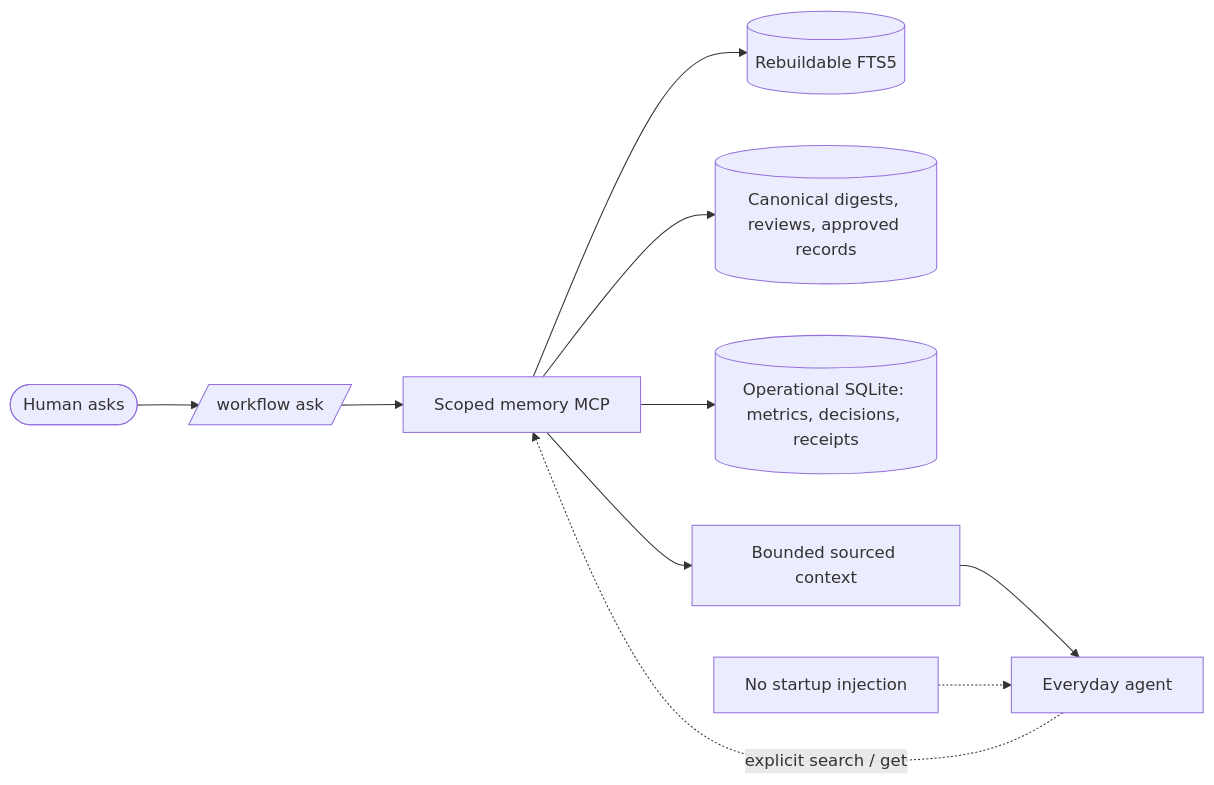
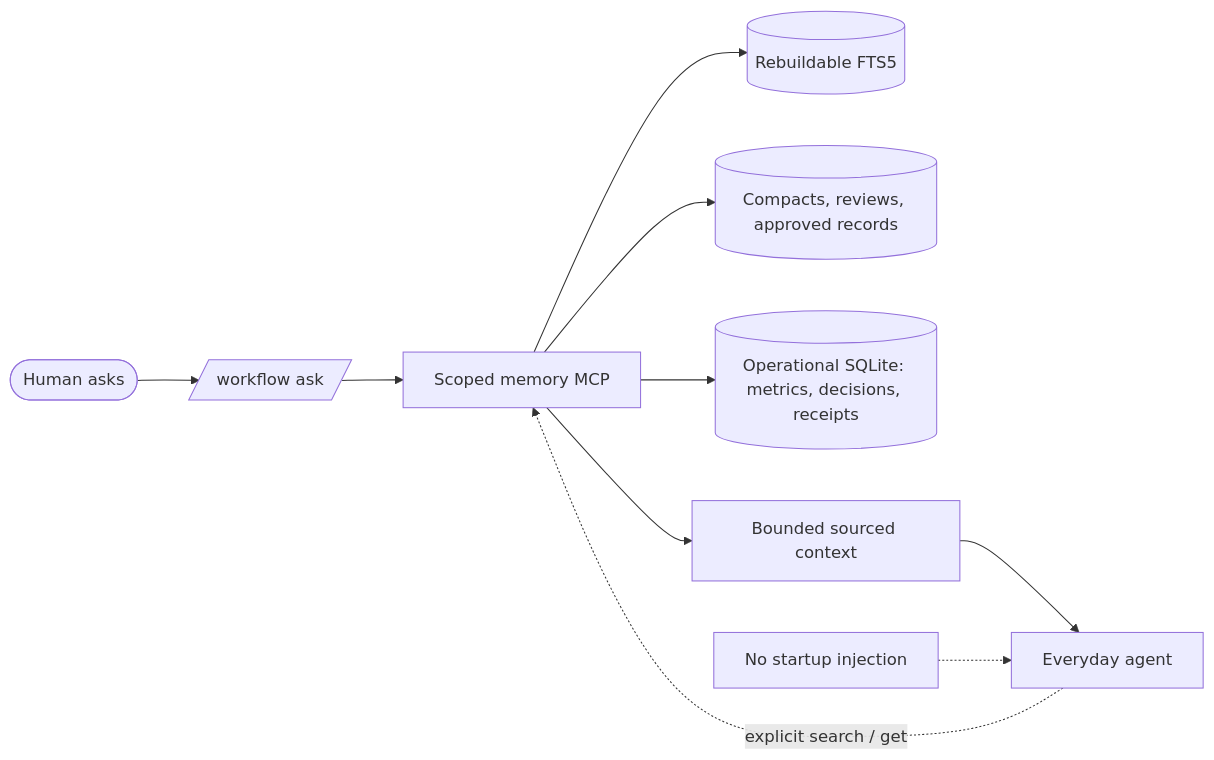
The third of 4 diagrams in README.md (Jero110/pi-house), drawn with Mermaid before and after one commit. The commit also changed other lines of this file and 5 other files, not shown here.

````diff
--- a/README.md
+++ b/README.md
@@ -152,10 +156,10 @@
 ```mermaid
 flowchart LR
   H([Human asks]) --> A[/workflow ask/] --> M[Scoped memory MCP]
   E[Everyday agent] -. explicit search / get .-> M
   M --> F[(Rebuildable FTS5)]
-  M --> D[(Canonical digests, reviews, approved records)]
+  M --> D[(Compacts, reviews, approved records)]
   M --> O[(Operational SQLite: metrics, decisions, receipts)]
   M --> C[Bounded sourced context] --> E
   N[No startup injection] -.-> E
 ```
````
